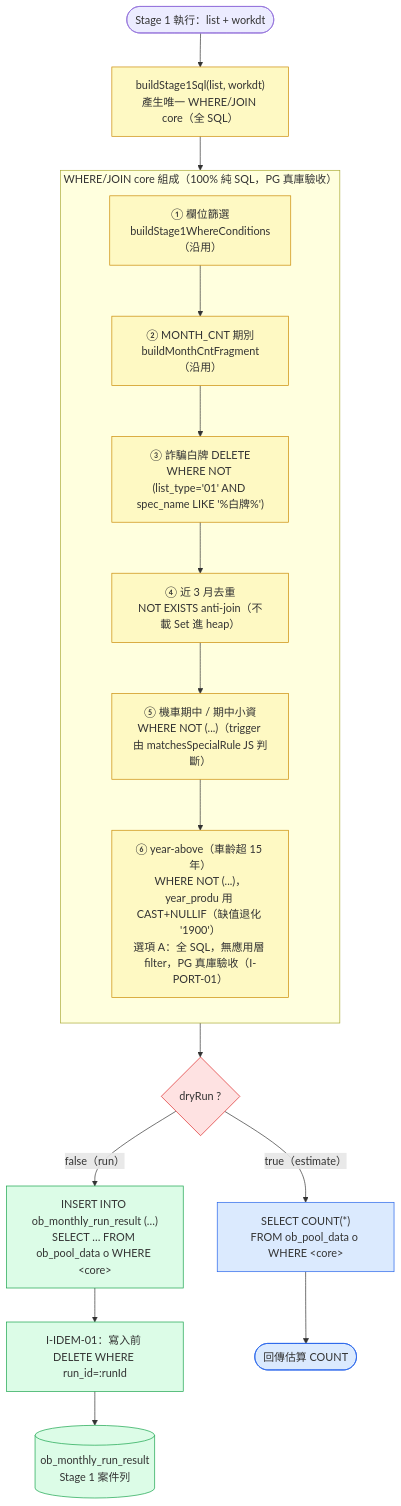
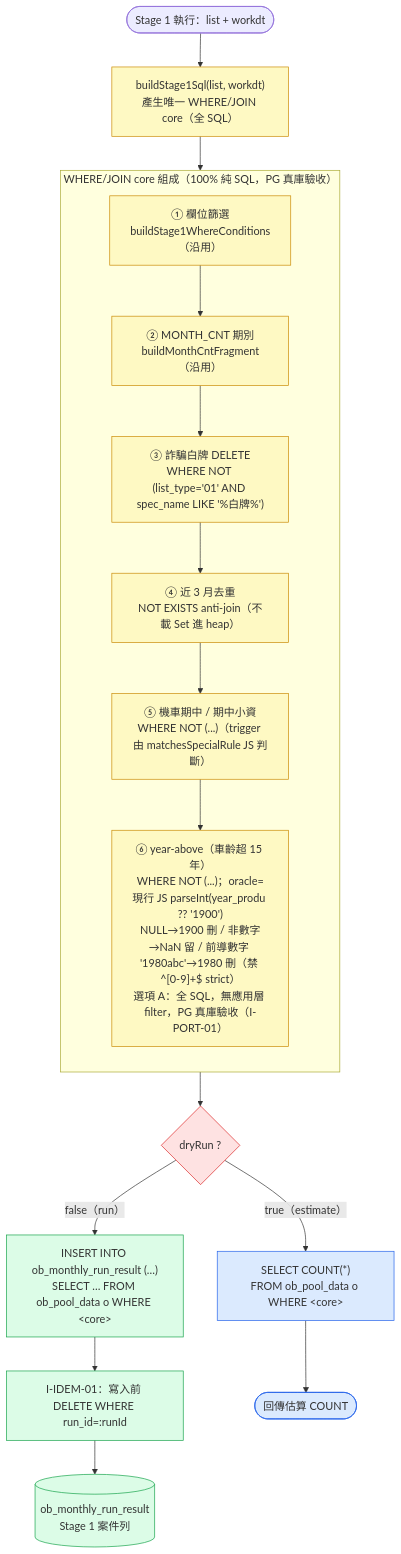
Before and after one commit to wisewhalesoft/cdmp-mvp: the diagram in docs/specs/diagrams/F099-stage1-sql-pushdown-flow.mmd, drawn with Mermaid. The commit also changed 5 other files, not shown here.

First line of the commit message:
docs(F099): P2 測試設計 + 修正 assignday/year-above spec-schema 落差

```diff
--- a/docs/specs/diagrams/F099-stage1-sql-pushdown-flow.mmd
+++ b/docs/specs/diagrams/F099-stage1-sql-pushdown-flow.mmd
@@ -1,34 +1,34 @@
 %% F099 Stage 1 SQL 下推（AD-E07-28 P2）：buildStage1Sql 單一 core，run 與 estimate 共用（I-RUN-EST-01）
 %% 四特例規則全 SQL 下推（選項 A，OQ-AD28-03 使用者 2026-06-02 拍板）；core 含 year-above，無應用層 filter
 flowchart TD
     Start([Stage 1 執行：list + workdt]) --> Core["buildStage1Sql(list, workdt)<br/>產生唯一 WHERE/JOIN core（全 SQL）"]
 
     subgraph CoreParts["WHERE/JOIN core 組成（100% 純 SQL，PG 真庫驗收）"]
         direction TB
         F1["① 欄位篩選<br/>buildStage1WhereConditions（沿用）"]
         F2["② MONTH_CNT 期別<br/>buildMonthCntFragment（沿用）"]
         F3["③ 詐騙白牌 DELETE<br/>WHERE NOT (list_type='01' AND spec_name LIKE '%白牌%')"]
         F4["④ 近 3 月去重<br/>NOT EXISTS anti-join（不載 Set 進 heap）"]
         F5["⑤ 機車期中 / 期中小資<br/>WHERE NOT (...)（trigger 由 matchesSpecialRule JS 判斷）"]
-        F6["⑥ year-above（車齡超 15 年）<br/>WHERE NOT (...)，year_produ 用 CAST+NULLIF（缺值退化 '1900'）<br/>選項 A：全 SQL，無應用層 filter，PG 真庫驗收（I-PORT-01）"]
+        F6["⑥ year-above（車齡超 15 年）<br/>WHERE NOT (...)；oracle=現行 JS parseInt(year_produ ?? '1900')<br/>NULL→1900 刪 / 非數字→NaN 留 / 前導數字 '1980abc'→1980 刪（禁 ^[0-9]+$ strict）<br/>選項 A：全 SQL，無應用層 filter，PG 真庫驗收（I-PORT-01）"]
         F1 --> F2 --> F3 --> F4 --> F5 --> F6
     end
 
     Core --> CoreParts
     CoreParts --> Branch{"dryRun ?"}
 
     Branch -->|"false（run）"| RunSql["INSERT INTO ob_monthly_run_result (…)<br/>SELECT … FROM ob_pool_data o WHERE &lt;core&gt;"]
     Branch -->|"true（estimate）"| EstSql["SELECT COUNT(*)<br/>FROM ob_pool_data o WHERE &lt;core&gt;"]
 
     RunSql --> Idem["I-IDEM-01：寫入前 DELETE WHERE run_id=:runId"]
     Idem --> Result[("ob_monthly_run_result<br/>Stage 1 案件列")]
     EstSql --> Count([回傳估算 COUNT])
 
     classDef core fill:#fef9c3,stroke:#ca8a04
     classDef run fill:#dcfce7,stroke:#16a34a
     classDef est fill:#dbeafe,stroke:#2563eb
     classDef inv fill:#fee2e2,stroke:#dc2626
     class F1,F2,F3,F4,F5,F6,Core core
     class RunSql,Idem,Result run
     class EstSql,Count est
     class Branch inv
```
